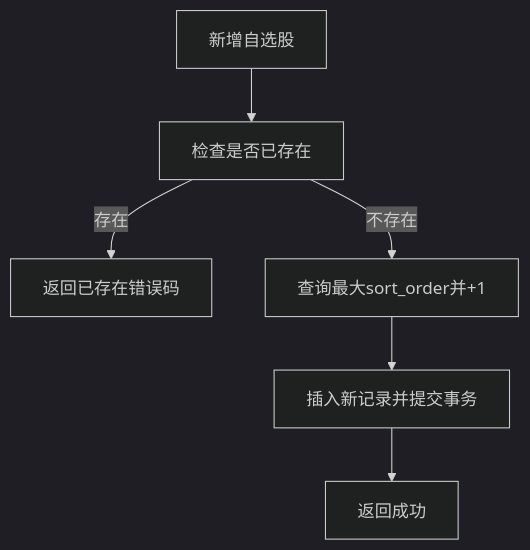
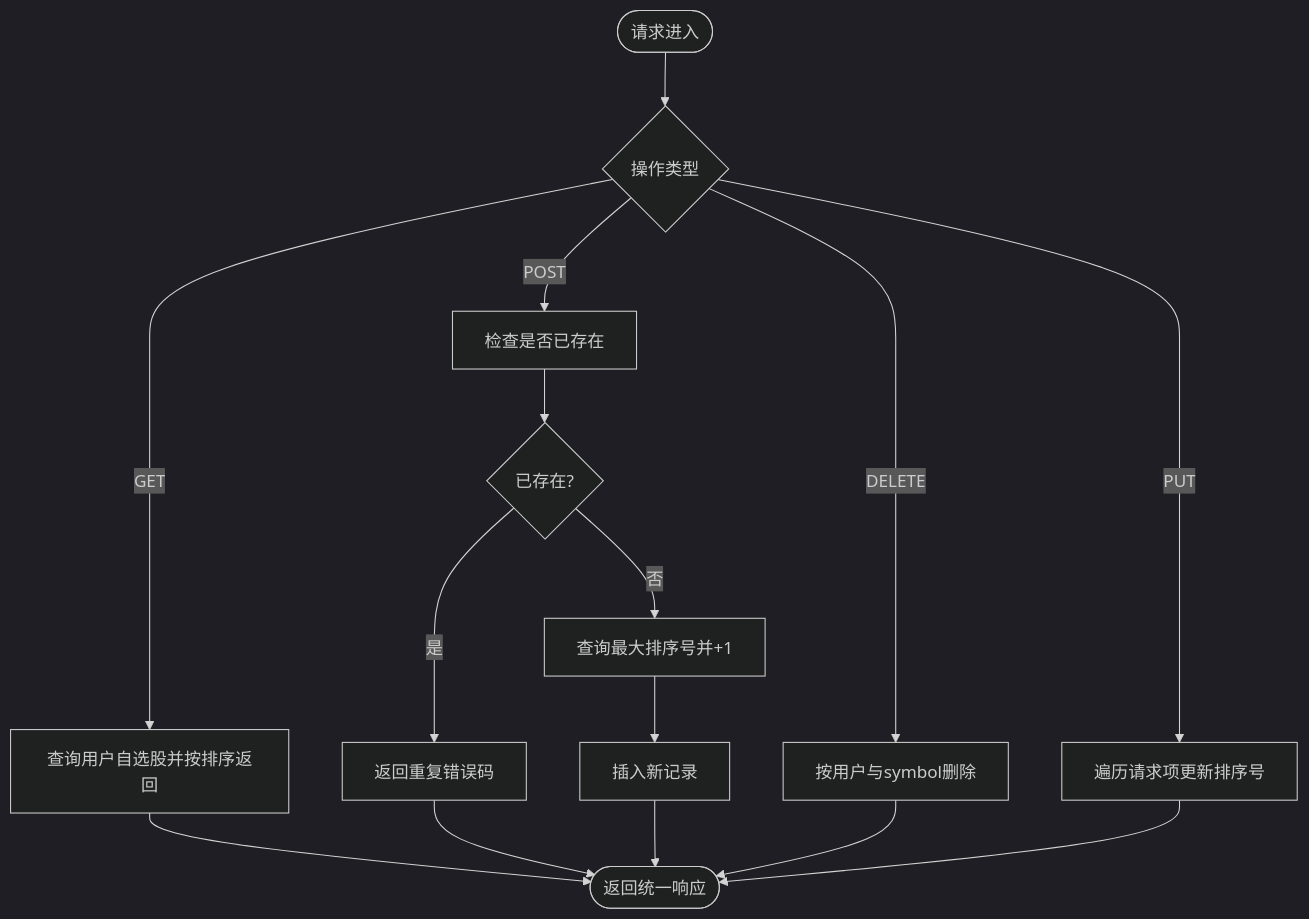
The fourth of 7 diagrams in .qoder/repowiki/zh/content/后端开发/后端开发.md (We3le7/stock-view), drawn with Mermaid (dark theme) before and after one commit. The commit also changed other lines of this file and 142 other files, not shown here.

````diff
--- a/.qoder/repowiki/zh/content/后端开发/后端开发.md
+++ b/.qoder/repowiki/zh/content/后端开发/后端开发.md
@@ -329,8 +243,17 @@
 ```mermaid
 flowchart TD
-A["新增自选股"] --> B["检查是否已存在"]
-B --> |存在| E["返回已存在错误码"]
-B --> |不存在| C["查询最大sort_order并+1"]
-C --> D["插入新记录并提交事务"]
-D --> F["返回成功"]
+Start(["请求进入"]) --> Op{"操作类型"}
+Op --> |GET| Load["查询用户自选股并按排序返回"]
+Op --> |POST| Check["检查是否已存在"]
+Check --> Exists{"已存在?"}
+Exists --> |是| ReturnDup["返回重复错误码"]
+Exists --> |否| MaxOrder["查询最大排序号并+1"]
+MaxOrder --> Insert["插入新记录"]
+Op --> |DELETE| Del["按用户与symbol删除"]
+Op --> |PUT| Sort["遍历请求项更新排序号"]
+Load --> End(["返回统一响应"])
+ReturnDup --> End
+Insert --> End
+Del --> End
+Sort --> End
 ```
````
